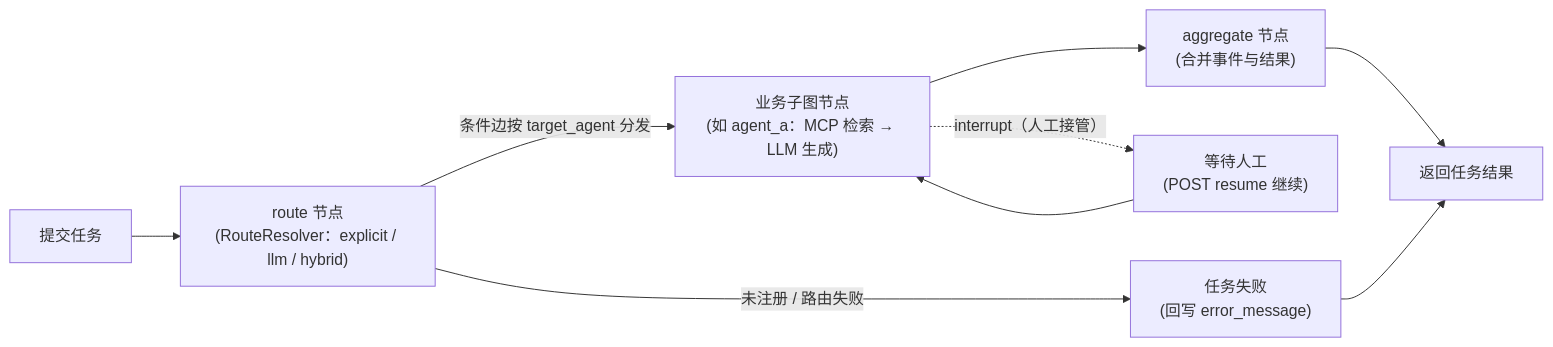
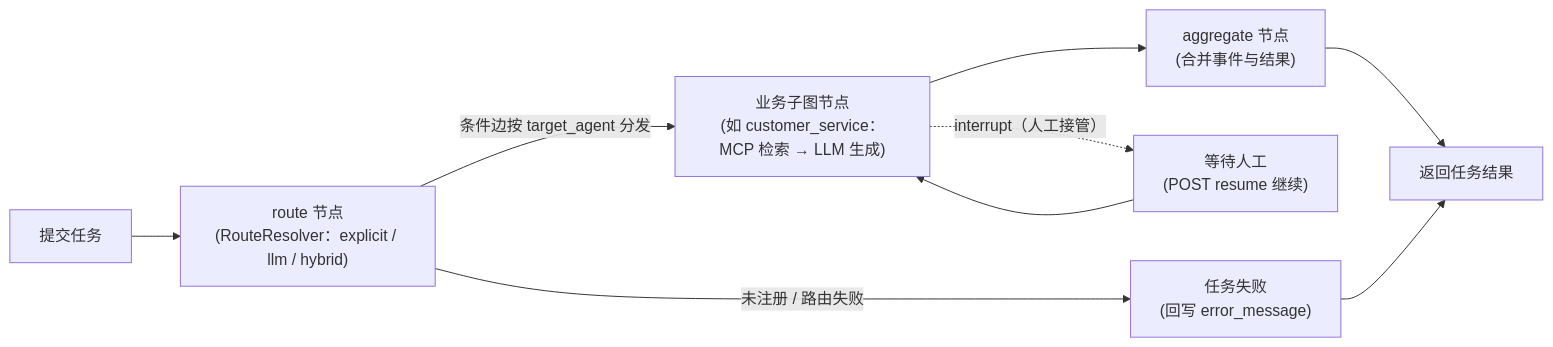
One commit to chain-engine/x-QingChuan changed the second of 3 diagrams in apps/agent-service/README.md. Above: the diagram before and after it, drawn with Mermaid. The commit also changed other lines of this file and 8 other files, not shown here.

Commit message:
refactor: rename Agent A (RAG Q&A) to 问答（客服）Agent / customer_service across docs and comments

````diff
--- a/apps/agent-service/README.md
+++ b/apps/agent-service/README.md
@@ -219,11 +219,11 @@
 ```mermaid
 flowchart LR
     START["提交任务"] --> ROUTE["route 节点<br/>(RouteResolver：explicit / llm / hybrid)"]
-    ROUTE -->|"条件边按 target_agent 分发"| SUB["业务子图节点<br/>(如 agent_a：MCP 检索 → LLM 生成)"]
+    ROUTE -->|"条件边按 target_agent 分发"| SUB["业务子图节点<br/>(如 customer_service：MCP 检索 → LLM 生成)"]
     SUB --> AGG["aggregate 节点<br/>(合并事件与结果)"]
     AGG --> END["返回任务结果"]
     ROUTE -->|"未注册 / 路由失败"| FAIL["任务失败<br/>(回写 error_message)"]
     FAIL --> END
     SUB -. "interrupt（人工接管）" .-> WAIT["等待人工<br/>(POST resume 继续)"]
     WAIT --> SUB
 ```
````
